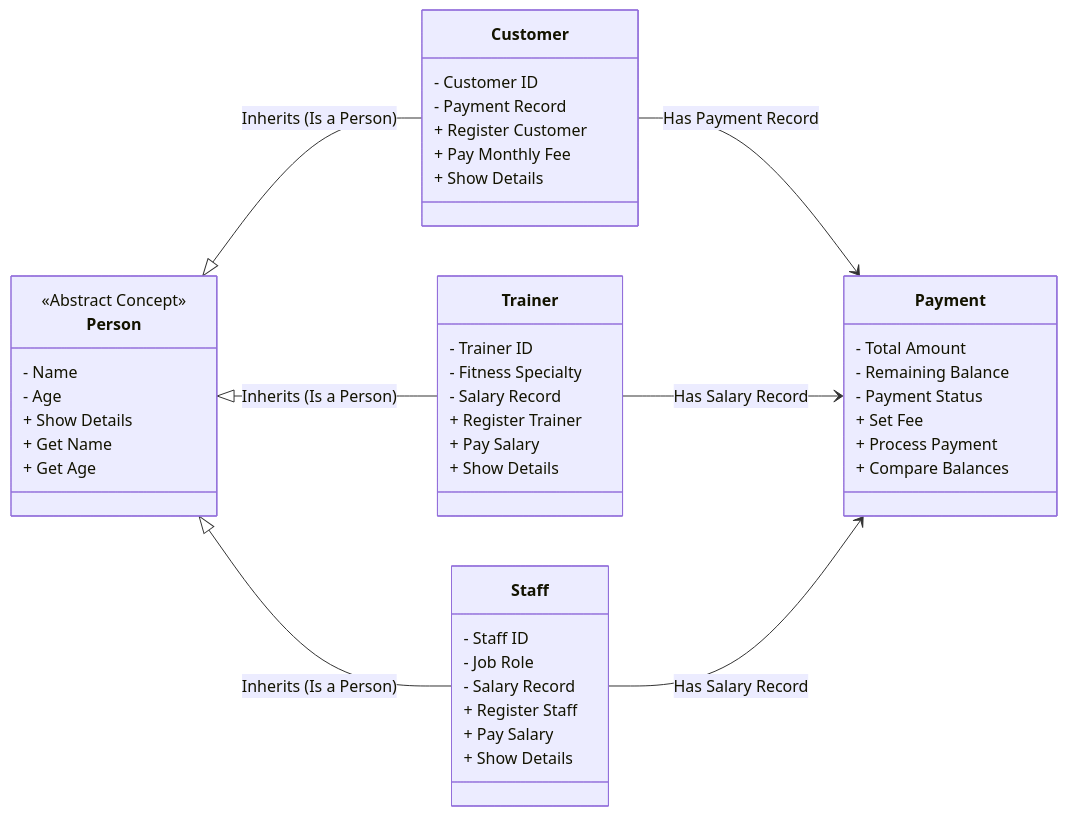
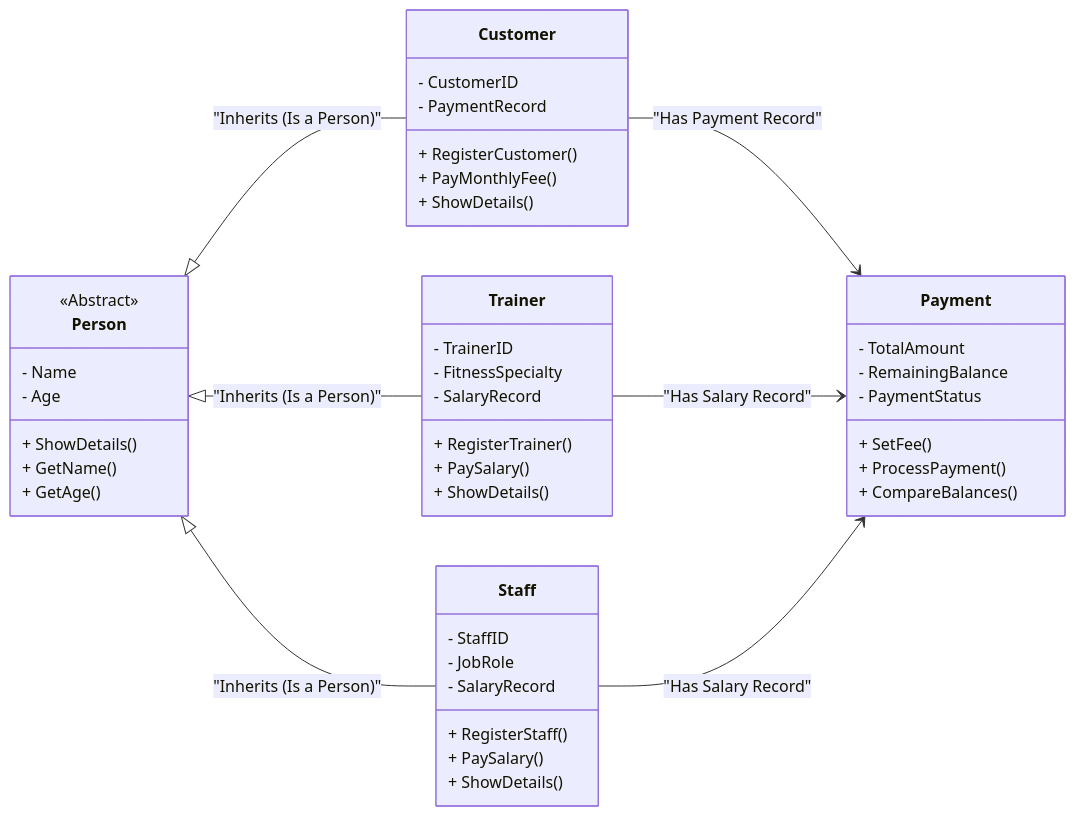
Before and after one commit to Akaza41/gym-management-cpp: the diagram in Project_Documentation.md, drawn with Mermaid.

Commit message:
Fixed documentation diagram rendering

````diff
--- a/Project_Documentation.md
+++ b/Project_Documentation.md
@@ -93,54 +93,54 @@
 ```mermaid
 classDiagram
     direction LR
     class Person {
-        <<Abstract Concept>>
+        <<Abstract>>
         - Name
         - Age
-        + Show Details
-        + Get Name
-        + Get Age
+        + ShowDetails()
+        + GetName()
+        + GetAge()
     }
 
     class Payment {
-        - Total Amount
-        - Remaining Balance
-        - Payment Status
-        + Set Fee
-        + Process Payment
-        + Compare Balances
+        - TotalAmount
+        - RemainingBalance
+        - PaymentStatus
+        + SetFee()
+        + ProcessPayment()
+        + CompareBalances()
     }
 
     class Customer {
-        - Customer ID
-        - Payment Record
-        + Register Customer
-        + Pay Monthly Fee
-        + Show Details
+        - CustomerID
+        - PaymentRecord
+        + RegisterCustomer()
+        + PayMonthlyFee()
+        + ShowDetails()
     }
 
     class Trainer {
-        - Trainer ID
-        - Fitness Specialty
-        - Salary Record
-        + Register Trainer
-        + Pay Salary
-        + Show Details
+        - TrainerID
+        - FitnessSpecialty
+        - SalaryRecord
+        + RegisterTrainer()
+        + PaySalary()
+        + ShowDetails()
     }
 
     class Staff {
-        - Staff ID
-        - Job Role
-        - Salary Record
-        + Register Staff
-        + Pay Salary
-        + Show Details
+        - StaffID
+        - JobRole
+        - SalaryRecord
+        + RegisterStaff()
+        + PaySalary()
+        + ShowDetails()
     }
 
-    Person <|-- Customer : Inherits (Is a Person)
-    Person <|-- Trainer : Inherits (Is a Person)
-    Person <|-- Staff : Inherits (Is a Person)
-    Customer --> Payment : Has Payment Record
-    Trainer --> Payment : Has Salary Record
-    Staff --> Payment : Has Salary Record
+    Person <|-- Customer : "Inherits (Is a Person)"
+    Person <|-- Trainer : "Inherits (Is a Person)"
+    Person <|-- Staff : "Inherits (Is a Person)"
+    Customer --> Payment : "Has Payment Record"
+    Trainer --> Payment : "Has Salary Record"
+    Staff --> Payment : "Has Salary Record"
 ```
````
